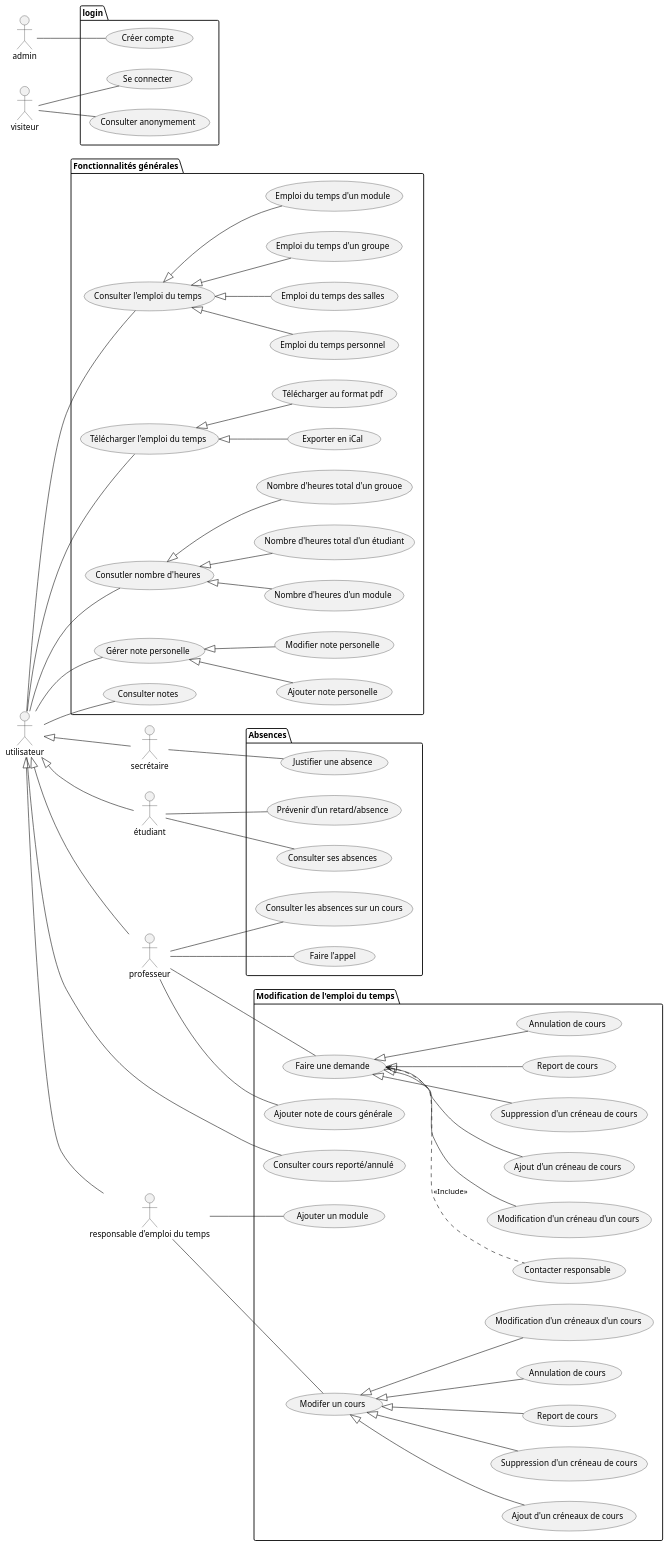
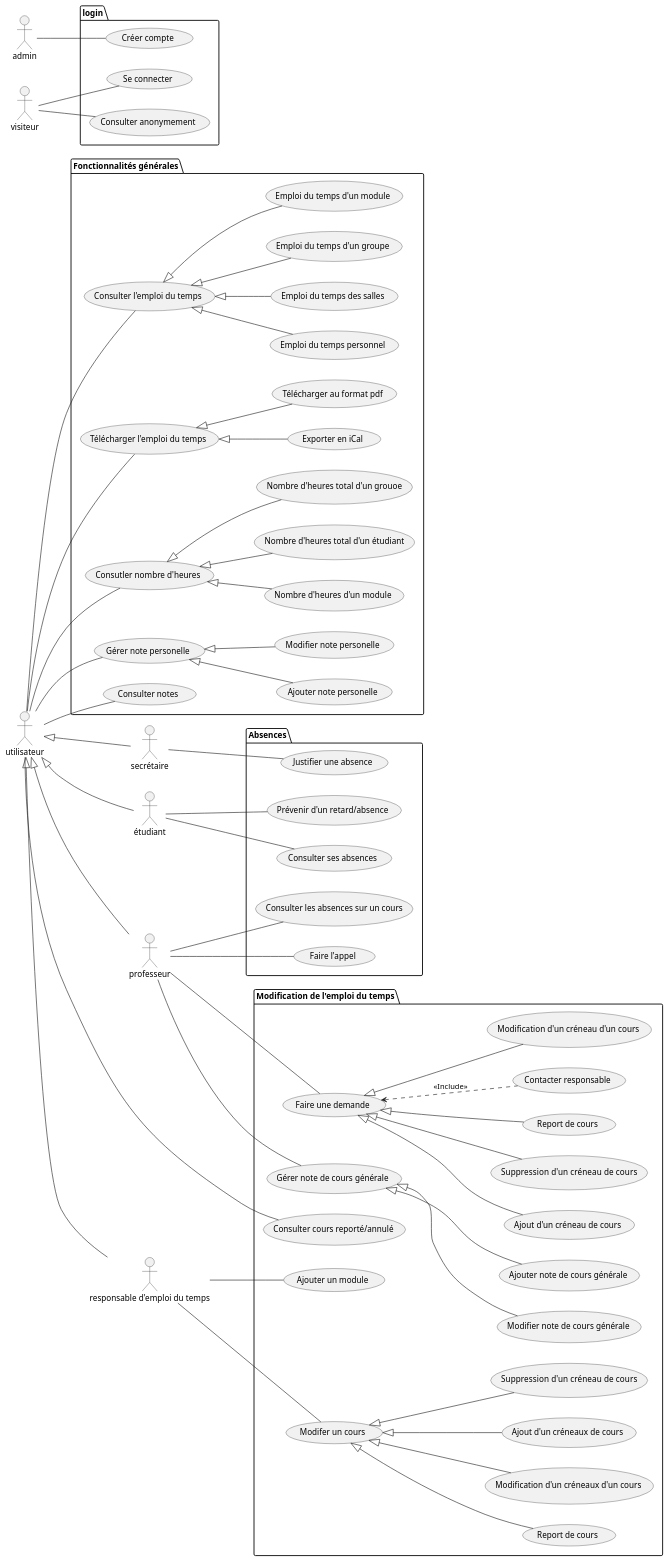
One commit to tombartos/projet-planning changed the diagram in Diagrammes/usecases.plantuml. Above: the diagram before and after it, drawn with PlantUML. The commit also changed 2 other files, not shown here.

```diff
--- a/Diagrammes/usecases.plantuml
+++ b/Diagrammes/usecases.plantuml
@@ -1,133 +1,133 @@
 @startuml Planning Nouvelle Génération
 left to right direction
 actor utilisateur
 actor admin 
 actor professeur
 actor étudiant
 actor visiteur
 actor :responsable d'emploi du temps: as ret
 actor secrétaire
 
 utilisateur <|-- professeur
 utilisateur <|-- étudiant
 utilisateur <|-- secrétaire
 utilisateur <|-- ret
 
 package login {
    usecase "Créer compte" as cc
    usecase "Se connecter" as sc 
    usecase "Consulter anonymement" as ca
 
     admin -- cc
     visiteur -- sc
     visiteur -- ca
 }
 
 
 package "Fonctionnalités générales"{
    usecase "Consulter l'emploi du temps" as cet
    usecase "Emploi du temps personnel" as etp
    usecase "Emploi du temps des salles" as ets
    usecase "Emploi du temps d'un groupe" as etg
    usecase "Emploi du temps d'un module" as etm
    cet <|-- etp
    cet <|-- ets
    cet <|-- etg
    cet <|-- etm
 
    usecase "Télécharger l'emploi du temps" as tet
    usecase "Exporter en iCal" as export
    usecase "Télécharger au format pdf" as tfp
    tet <|-- export
    tet <|-- tfp
 
    usecase "Consutler nombre d'heures" as cnh
    usecase "Nombre d'heures d'un module" as nhp
    usecase "Nombre d'heures total d'un étudiant" as nhe
    usecase "Nombre d'heures total d'un grouoe" as nhg
    cnh <|-- nhp
    cnh <|-- nhe
    cnh <|-- nhg
 
    usecase "Gérer note personelle" as gnp
    usecase "Ajouter note personelle" as anp
    usecase "Modifier note personelle" as mnp
    usecase "Consulter notes" as cnc
    
     utilisateur -- cet
     utilisateur -- tet
     utilisateur -- cnh
     utilisateur -- gnp
     utilisateur -- cnc
     gnp <|-- anp
     gnp <|-- mnp
 
 }
 
 
 package "Modification de l'emploi du temps"{
     usecase "Faire une demande" as fd
     usecase "Modification d'un créneau d'un cours " as fdmcc
     usecase "Ajout d'un créneau de cours" as fdacc
     usecase "Suppression  d'un créneau de cours" as fdscc
     usecase "Report de cours" as fdrc
-    usecase "Annulation de cours" as fdac
     usecase "Contacter responsable" as cr
+    usecase "Gérer note de cours générale" as gncg
     usecase "Ajouter note de cours générale" as ancg
+    usecase "Modifier note de cours générale" as mncg
     fd <|-- fdmcc
     fd <|-- fdacc
     fd <|-- fdscc
     fd <|-- fdrc
-    fd <|-- fdac
     fd <.. cr : << Include >>
 
     usecase "Ajouter un module" as am
     ret -- am
 
     usecase "Modifer un cours" as mc
     usecase "Modification d'un créneaux d'un cours " as mcmcc
     usecase "Ajout d'un créneaux de cours" as mcacc
     usecase "Suppression  d'un créneau de cours" as mcscc
     usecase "Report de cours" as mcrc
-    usecase "Annulation de cours" as mcac
     mc <|-- mcmcc
     mc <|-- mcacc
     mc <|-- mcscc
     mc <|-- mcrc
-    mc <|-- mcac
 
     usecase "Consulter cours reporté/annulé" as ccra
 
     professeur -- fd
     ret -- mc
     utilisateur -- ccra
-    professeur -- ancg
+    professeur -- gncg
+    gncg <|-- ancg
+    gncg <|-- mncg 
 }
 
 package "Absences"{
     usecase "Faire l'appel" as fa
     usecase "Consulter les absences sur un cours" as cac
     usecase "Consulter ses absences" as csa
     usecase "Prévenir d'un retard/absence" as pra
     usecase "Justifier une absence" as ja
 
     professeur -- fa
     professeur -- cac
     étudiant -- csa
     étudiant -- pra
     secrétaire -- ja 
     /' L'étudiant fait la demande mais c'est le secrétaire qui justifie l'absence'/
     
 }
 
 
 /'
 Qui peut annuler une absence (en cas d'erreur du professeur)?
 L'admin est un responsable d'emploi du temps?
 '/
 
 
 
 
 
 @enduml
```
